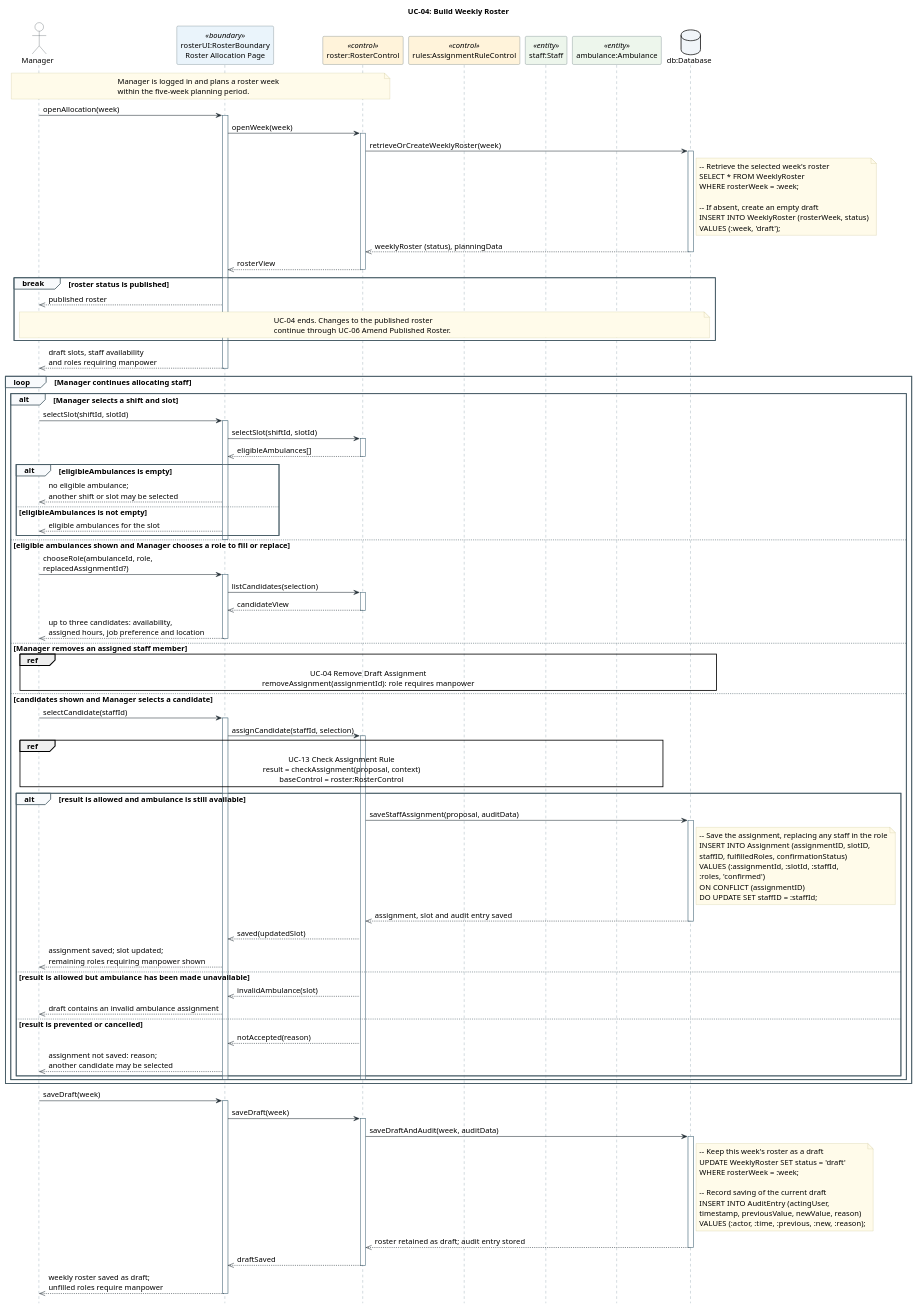
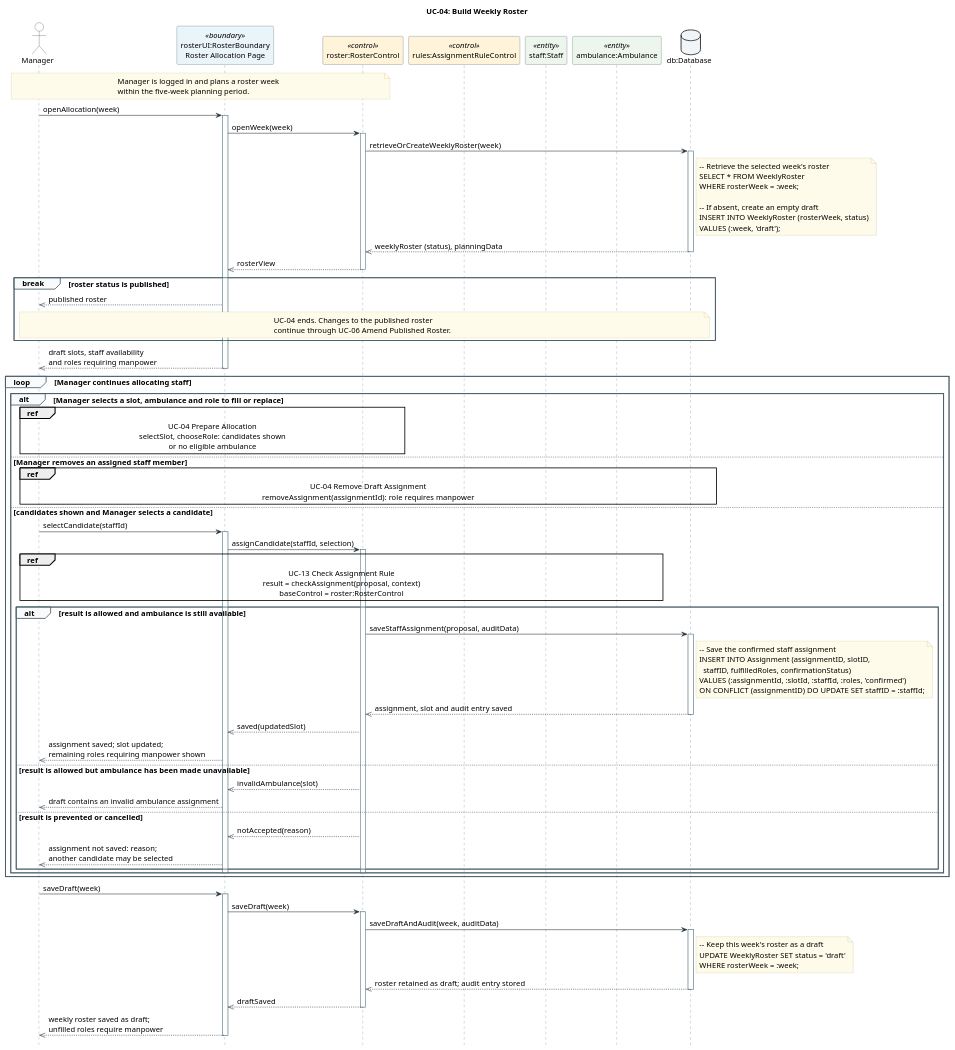
Before and after one commit to Patriarch-Wong/IntroSE: the diagram in sequence-diagrams/2026-10-07_23-40-00/uc-04-build-weekly-roster.puml, drawn with PlantUML. The commit also changed 6 other files, not shown here.

First line of the commit message:
Shorten UC-04 main diagram by extracting Prepare Allocation interaction

```diff
--- a/sequence-diagrams/2026-10-07_23-40-00/uc-04-build-weekly-roster.puml
+++ b/sequence-diagrams/2026-10-07_23-40-00/uc-04-build-weekly-roster.puml
@@ -25,7 +25,8 @@
 
 ' Scope: main success scenario and alternatives 1a, 4a, 5a, 8a, 9a.
 ' One allocation loop, no nested loops; maximum nesting depth 3.
-' Removal (5a1-5a2) is the referenced uc-04-remove-assignment.puml.
+' Referenced: uc-04-prepare-allocation.puml (3-6, 4a, 5a3) and
+' uc-04-remove-assignment.puml (5a1-5a2).
 ' Three core database operations are drawn: retrieve/create roster,
 ' save assignment, save draft.
 ' Supporting reads are kept as SQL comments beside the operation that uses them.
@@ -81,50 +82,16 @@
 rosterUI -->> manager: draft slots, staff availability\nand roles requiring manpower
 deactivate rosterUI
 
-' Each pass is one Manager request. An operand is only offered once its
-' earlier step has been shown, so 4a never reaches candidate allocation.
+' Each pass is one Manager request. Candidate selection is only offered once
+' Prepare Allocation has shown candidates, so 4a never reaches allocation.
 loop Manager continues allocating staff
-  alt Manager selects a shift and slot
-    ' Main 3-4; alternative 4a.
-    manager -> rosterUI: selectSlot(shiftId, slotId)
-    activate rosterUI
-    rosterUI -> roster: selectSlot(shiftId, slotId)
-    activate roster
-/'
--- Find active, available ambulances not used by another slot in this shift
-SELECT a.ambulanceNumber FROM Ambulance a
-JOIN AmbulanceAvailability u ON u.ambulanceNumber = a.ambulanceNumber
-WHERE a.activeStatus = 'active' AND u.shiftID = :shiftId AND u.available
-AND NOT EXISTS (SELECT 1 FROM RosterSlot r
-  WHERE r.ambulanceNumber = a.ambulanceNumber
-    AND r.shiftID = :shiftId AND r.slotID <> :slotId);
-'/
-    roster -->> rosterUI: eligibleAmbulances[]
-    deactivate roster
-    alt eligibleAmbulances is empty
-      rosterUI -->> manager: no eligible ambulance;\nanother shift or slot may be selected
-    else eligibleAmbulances is not empty
-      rosterUI -->> manager: eligible ambulances for the slot
-    end
-    deactivate rosterUI
-
-  else eligible ambulances shown and Manager chooses a role to fill or replace
-    ' Main 5-6; alternative 5a1/5a3 (replacedAssignmentId given).
-    manager -> rosterUI: chooseRole(ambulanceId, role,\nreplacedAssignmentId?)
-    activate rosterUI
-    rosterUI -> roster: listCandidates(selection)
-    activate roster
-/'
--- Retrieve up to three suitable candidates with their assigned hours
-SELECT staffID, availability, assignedHours, jobPreference, datedLocation
-FROM CandidateOption
-WHERE rosterWeek = :week AND shiftID = :shiftId AND role = :role
-FETCH FIRST 3 ROWS ONLY;
-'/
-    roster -->> rosterUI: candidateView
-    deactivate roster
-    rosterUI -->> manager: up to three candidates: availability,\nassigned hours, job preference and location
-    deactivate rosterUI
+  alt Manager selects a slot, ambulance and role to fill or replace
+    ' Main 3-6; alternatives 4a and 5a1/5a3, detailed in uc-04-prepare-allocation.puml.
+    ref over manager, rosterUI, roster
+      UC-04 Prepare Allocation
+      selectSlot, chooseRole: candidates shown
+      or no eligible ambulance
+    end ref
 
   else Manager removes an assigned staff member
     ' Alternative 5a1-5a2, detailed in uc-04-remove-assignment.puml.
@@ -165,13 +132,11 @@
       roster -> db: saveStaffAssignment(proposal, auditData)
       activate db
       note right of db
--- Save the assignment, replacing any staff in the role
+-- Save the confirmed staff assignment
 INSERT INTO Assignment (assignmentID, slotID,
-staffID, fulfilledRoles, confirmationStatus)
-VALUES (:assignmentId, :slotId, :staffId,
-:roles, 'confirmed')
-ON CONFLICT (assignmentID)
-DO UPDATE SET staffID = :staffId;
+  staffID, fulfilledRoles, confirmationStatus)
+VALUES (:assignmentId, :slotId, :staffId, :roles, 'confirmed')
+ON CONFLICT (assignmentID) DO UPDATE SET staffID = :staffId;
       end note
       db -->> roster: assignment, slot and audit entry saved
       deactivate db
@@ -198,15 +163,15 @@
 activate roster
 roster -> db: saveDraftAndAudit(week, auditData)
 activate db
+/'
+-- Record saving of the current draft
+INSERT INTO AuditEntry (actingUser, timestamp, previousValue, newValue, reason)
+VALUES (:actor, :time, :previous, :new, :reason);
+'/
 note right of db
 -- Keep this week's roster as a draft
 UPDATE WeeklyRoster SET status = 'draft'
 WHERE rosterWeek = :week;
-
--- Record saving of the current draft
-INSERT INTO AuditEntry (actingUser,
-timestamp, previousValue, newValue, reason)
-VALUES (:actor, :time, :previous, :new, :reason);
 end note
 db -->> roster: roster retained as draft; audit entry stored
 deactivate db
```
